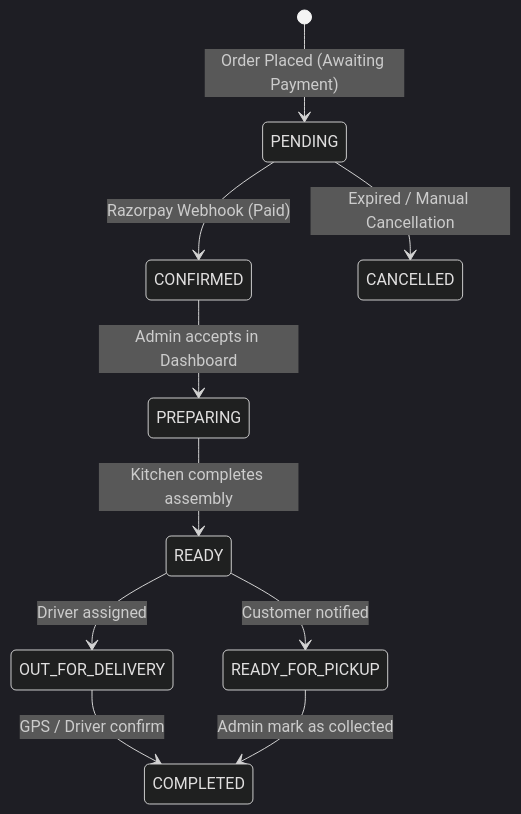
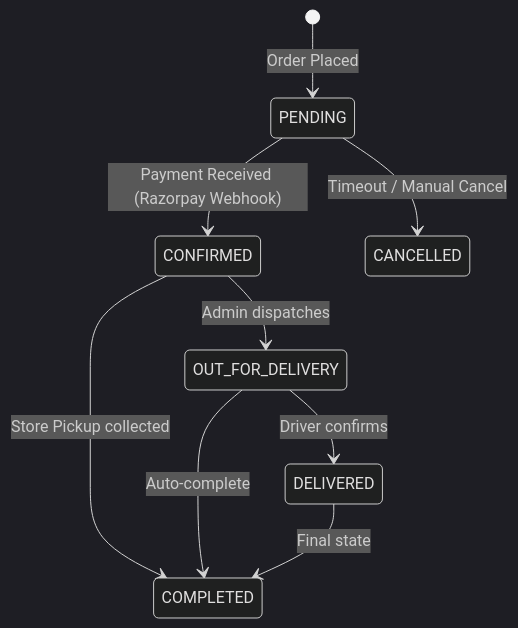
Before and after one commit to SoumyaAmminabhavi/Sonnas: the second of 2 diagrams in docs/whatsapp-bot/state-machine.md, drawn with Mermaid (dark theme). The commit also changed other lines of this file and 2 other files, not shown here.

````diff
--- a/docs/whatsapp-bot/state-machine.md
+++ b/docs/whatsapp-bot/state-machine.md
@@ -51,12 +102,11 @@
 ```mermaid
 stateDiagram-v2
-    [*] --> PENDING: Order Placed (Awaiting Payment)
-    PENDING --> CONFIRMED: Razorpay Webhook (Paid)
-    PENDING --> CANCELLED: Expired / Manual Cancellation
-    CONFIRMED --> PREPARING: Admin accepts in Dashboard
-    PREPARING --> READY: Kitchen completes assembly
-    READY --> OUT_FOR_DELIVERY: Driver assigned
-    READY --> READY_FOR_PICKUP: Customer notified
-    OUT_FOR_DELIVERY --> COMPLETED: GPS / Driver confirm
-    READY_FOR_PICKUP --> COMPLETED: Admin mark as collected
+    [*] --> PENDING: Order Placed
+    PENDING --> CONFIRMED: Payment Received (Razorpay Webhook)
+    PENDING --> CANCELLED: Timeout / Manual Cancel
+    CONFIRMED --> OUT_FOR_DELIVERY: Admin dispatches
+    CONFIRMED --> COMPLETED: Store Pickup collected
+    OUT_FOR_DELIVERY --> DELIVERED: Driver confirms
+    OUT_FOR_DELIVERY --> COMPLETED: Auto-complete
+    DELIVERED --> COMPLETED: Final state
 ```
````
